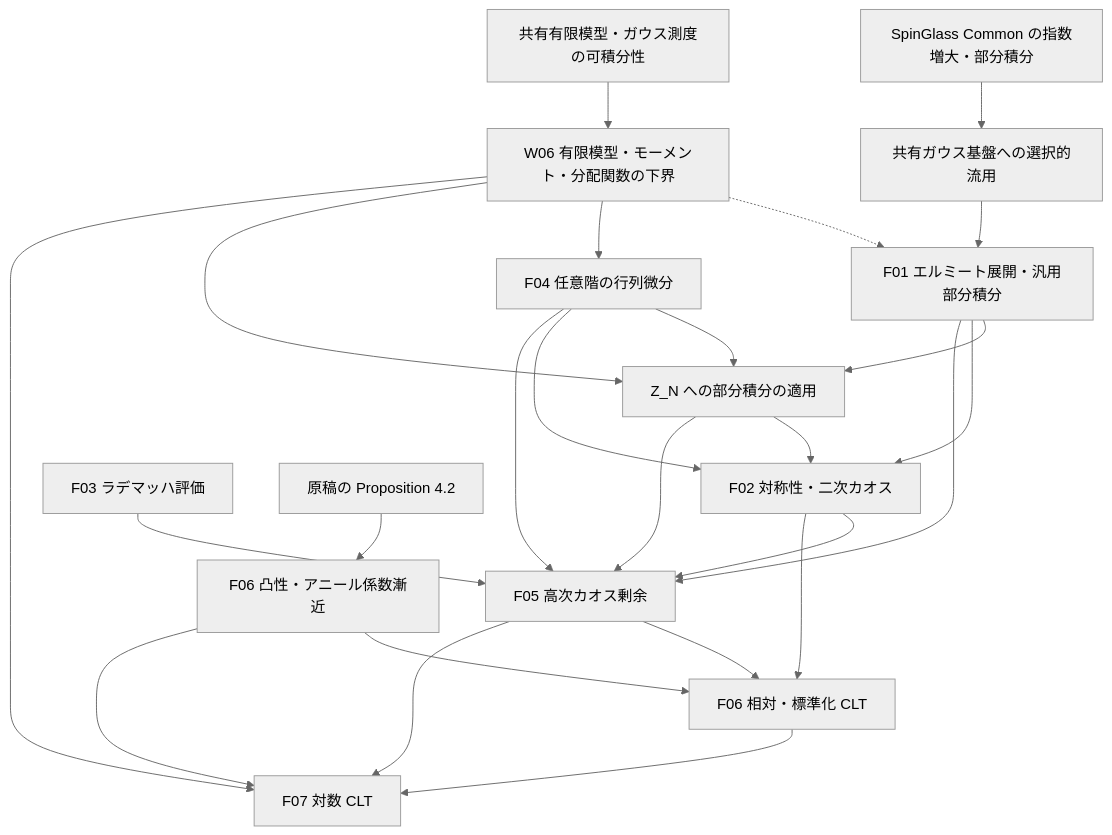
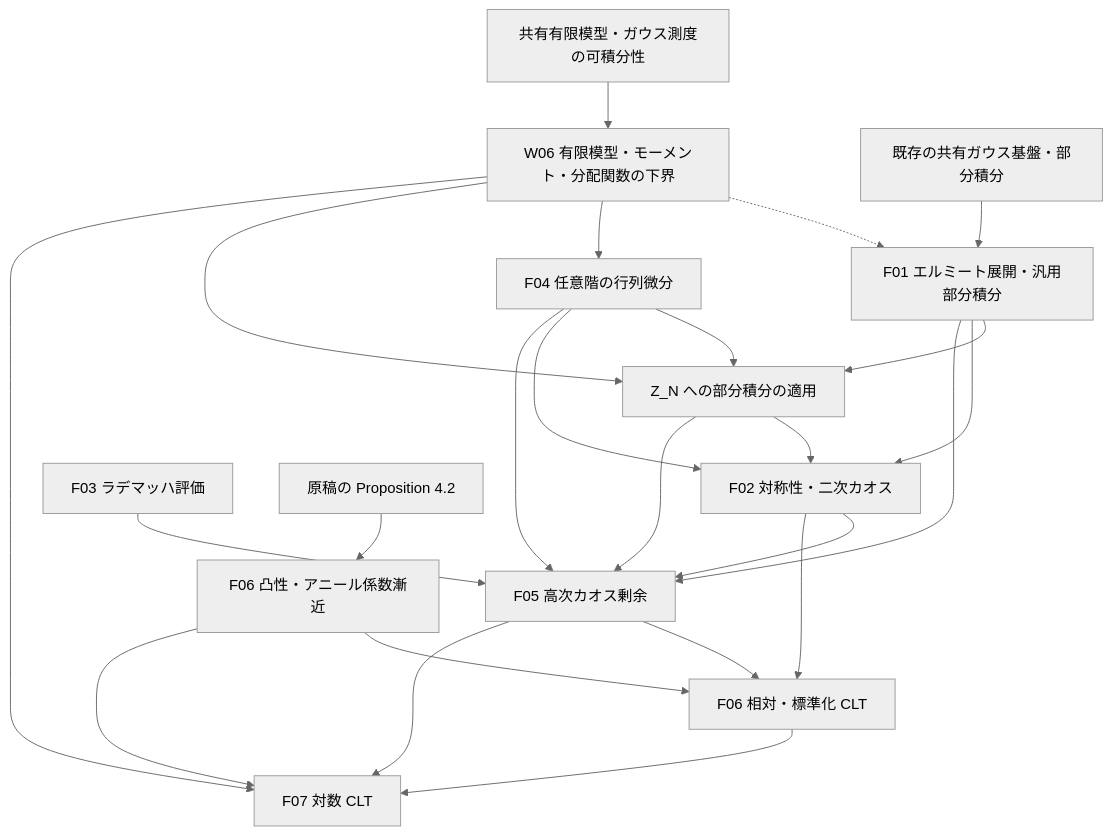
One commit to TokyoProbabilityGroup/SYK_CLT changed the diagram in CLT/ARCHITECTURE.md. Above: the diagram before and after it, drawn with Mermaid (neutral theme). The commit also changed other lines of this file and 9 other files, not shown here.

````diff
--- a/CLT/ARCHITECTURE.md
+++ b/CLT/ARCHITECTURE.md
@@ -129,27 +136,27 @@
 ```mermaid
 flowchart TD
     shared["共有有限模型・ガウス測度の可積分性"] --> W06["W06 有限模型・モーメント・分配関数の下界"]
-    spin["SpinGlass Common の指数増大・部分積分"] --> gaussian["共有ガウス基盤への選択的流用"]
+    gaussian["既存の共有ガウス基盤・部分積分"]
     gaussian --> F01["F01 エルミート展開・汎用部分積分"]
     W06 -.-> F01
     W06 --> F04["F04 任意階の行列微分"]
     F01 --> zIBP["Z_N への部分積分の適用"]
     W06 --> zIBP
     F04 --> zIBP
     zIBP --> F02["F02 対称性・二次カオス"]
     F01 --> F02
     F04 --> F02
     F01 --> F05["F05 高次カオス剰余"]
     F02 --> F05
     F04 --> F05
     zIBP --> F05
     F03["F03 ラデマッハ評価"] --> F05
     external["原稿の Proposition 4.2"] --> annealed["F06 凸性・アニール係数漸近"]
     F02 --> clt["F06 相対・標準化 CLT"]
     F05 --> clt
     annealed --> clt
     clt --> logclt["F07 対数 CLT"]
     F05 --> logclt
     W06 --> logclt
     annealed --> logclt
 ```
````
